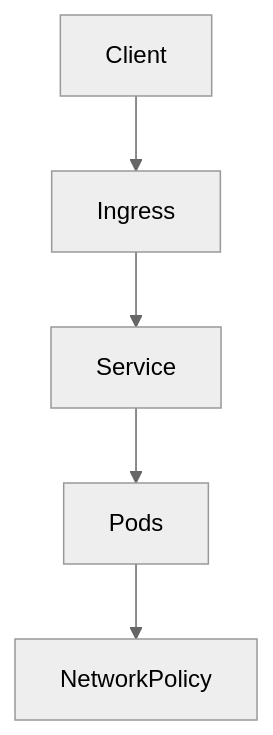
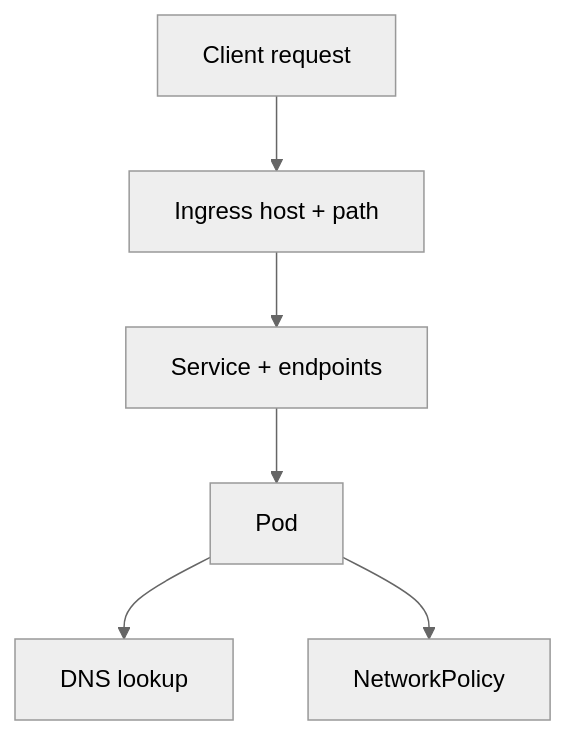
One commit to kumbulanit/kubernetescompr changed the diagram in days/day4/labs/INC-4-three-faults/README.md. Above: the diagram before and after it, drawn with Mermaid (neutral theme). The commit also changed other lines of this file and 26 other files, not shown here.

````diff
--- a/days/day4/labs/INC-4-three-faults/README.md
+++ b/days/day4/labs/INC-4-three-faults/README.md
@@ -12,7 +15,8 @@
 ```mermaid
 flowchart TD
-  Client[Client] --> Ingress[Ingress]
-  Ingress --> Service[Service]
-  Service --> Pods[Pods]
-  Pods --> Policy[NetworkPolicy]
+  Client[Client request] --> Ingress[Ingress host + path]
+  Ingress --> Service[Service + endpoints]
+  Service --> Pod[Pod]
+  Pod --> DNS[DNS lookup]
+  Pod --> Policy[NetworkPolicy]
 ```
````
